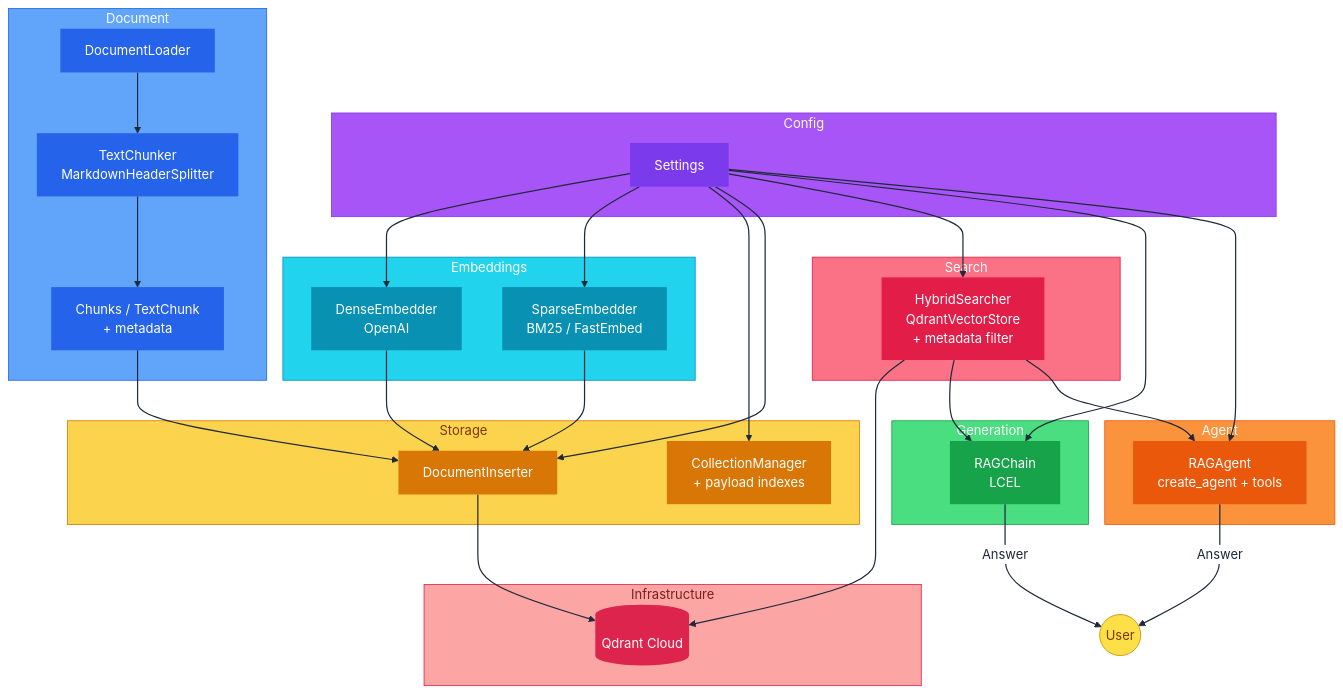
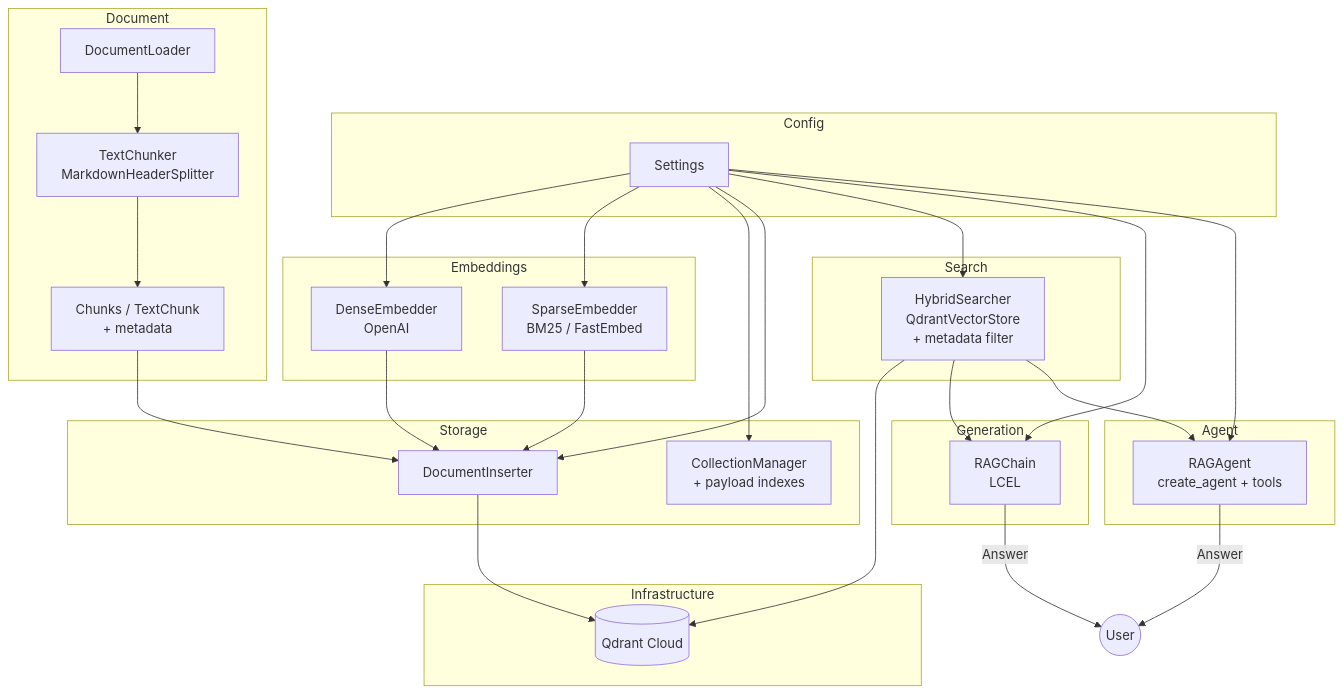
Before and after one commit to Samanosukeh/rag-hybrid-search-multi-query: the fifth of 8 diagrams in README.md, drawn with Mermaid.

Commit message:
refactor: clean up mermaid diagram styles in README for improved clarity

````diff
--- a/README.md
+++ b/README.md
@@ -214,82 +214,49 @@
 ```mermaid
-%%{init: {'theme': 'base', 'themeVariables': {'background': '#ffffff', 'edgeLabelBackground': '#ffffff'}}}%%
 graph TD
     subgraph Config
         S[Settings]
     end
 
     subgraph Document
         DL[DocumentLoader]
         TC[TextChunker<br/>MarkdownHeaderSplitter]
         CH[Chunks / TextChunk<br/>+ metadata]
     end
 
     subgraph Embeddings
         DE[DenseEmbedder<br/>OpenAI]
         SE[SparseEmbedder<br/>BM25 / FastEmbed]
     end
 
     subgraph Storage
         CM[CollectionManager<br/>+ payload indexes]
         DI[DocumentInserter]
     end
 
     subgraph Search
         HS[HybridSearcher<br/>QdrantVectorStore<br/>+ metadata filter]
     end
 
     subgraph Generation
         RC[RAGChain<br/>LCEL]
     end
 
     subgraph Agent
         RA[RAGAgent<br/>create_agent + tools]
     end
 
     subgraph Infrastructure
         QD[(Qdrant Cloud)]
     end
 
     S --> DE & SE & CM & DI & HS & RC & RA
 
     DL --> TC --> CH --> DI
     DE & SE --> DI
     DI --> QD
 
     HS --> QD
     HS --> RC & RA
     RC -->|Answer| User((User))
     RA -->|Answer| User
-
-    style Config fill:#A855F7,stroke:#7C3AED,color:#fff
-    style S fill:#7C3AED,stroke:none,color:#fff
-
-    style Document fill:#60A5FA,stroke:#2563EB,color:#fff
-    style DL fill:#2563EB,stroke:none,color:#fff
-    style TC fill:#2563EB,stroke:none,color:#fff
-    style CH fill:#2563EB,stroke:none,color:#fff
-
-    style Embeddings fill:#22D3EE,stroke:#0891B2,color:#fff
-    style DE fill:#0891B2,stroke:none,color:#fff
-    style SE fill:#0891B2,stroke:none,color:#fff
-
-    style Storage fill:#FCD34D,stroke:#D97706,color:#78350F
-    style CM fill:#D97706,stroke:none,color:#fff
-    style DI fill:#D97706,stroke:none,color:#fff
-
-    style Search fill:#FB7185,stroke:#E11D48,color:#fff
-    style HS fill:#E11D48,stroke:none,color:#fff
-
-    style Generation fill:#4ADE80,stroke:#16A34A,color:#fff
-    style RC fill:#16A34A,stroke:none,color:#fff
-
-    style Agent fill:#FB923C,stroke:#EA580C,color:#fff
-    style RA fill:#EA580C,stroke:none,color:#fff
-
-    style Infrastructure fill:#FCA5A5,stroke:#DC244C,color:#7F1D1D
-    style QD fill:#DC244C,stroke:none,color:#fff
-
-    style User fill:#FDE047,stroke:#CA8A04,color:#78350F
-
-    linkStyle default stroke:#1e293b,stroke-width:1.5px,color:#1e293b
 ```
````
